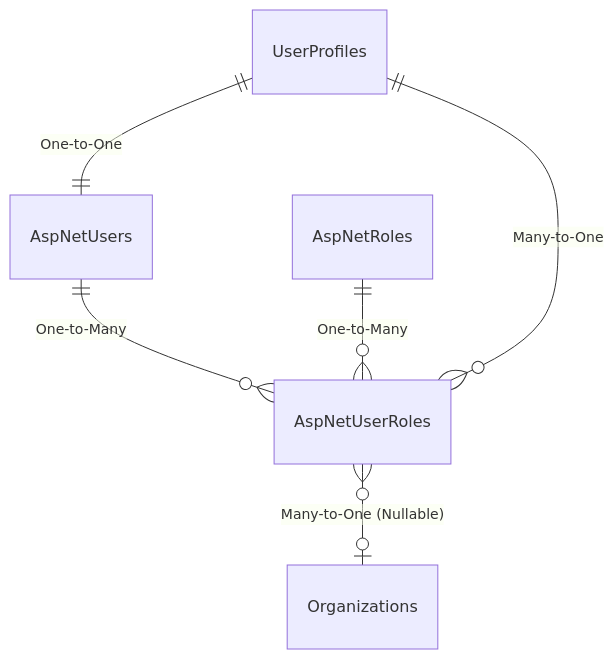
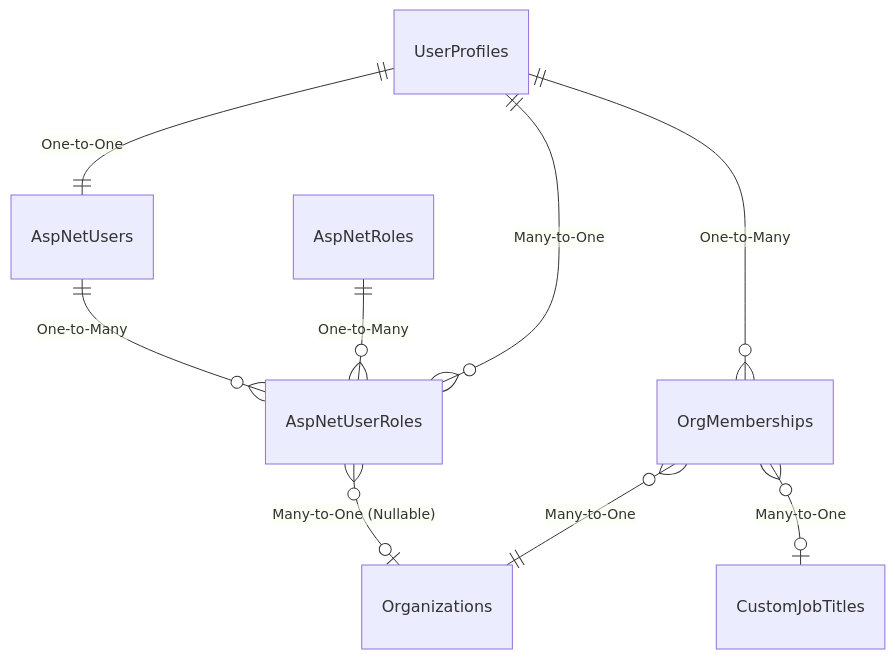
The second of 3 diagrams in docs/02-identity-system.md (Rubikans-Egy/Rubikcare-docs), drawn with Mermaid before and after one commit. The commit also changed other lines of this file, not shown here.

````diff
--- a/docs/02-identity-system.md
+++ b/docs/02-identity-system.md
@@ -39,8 +55,11 @@
 ```mermaid
 erDiagram
     UserProfiles ||--|| AspNetUsers : "One-to-One"
     AspNetUsers ||--o{ AspNetUserRoles : "One-to-Many"
     AspNetRoles ||--o{ AspNetUserRoles : "One-to-Many"
     AspNetUserRoles }o--|| UserProfiles : "Many-to-One"
     AspNetUserRoles }o--o| Organizations : "Many-to-One (Nullable)"
+    UserProfiles ||--o{ OrgMemberships : "One-to-Many"
+    OrgMemberships }o--|| Organizations : "Many-to-One"
+    OrgMemberships }o--o| CustomJobTitles : "Many-to-One"
 ```
````
